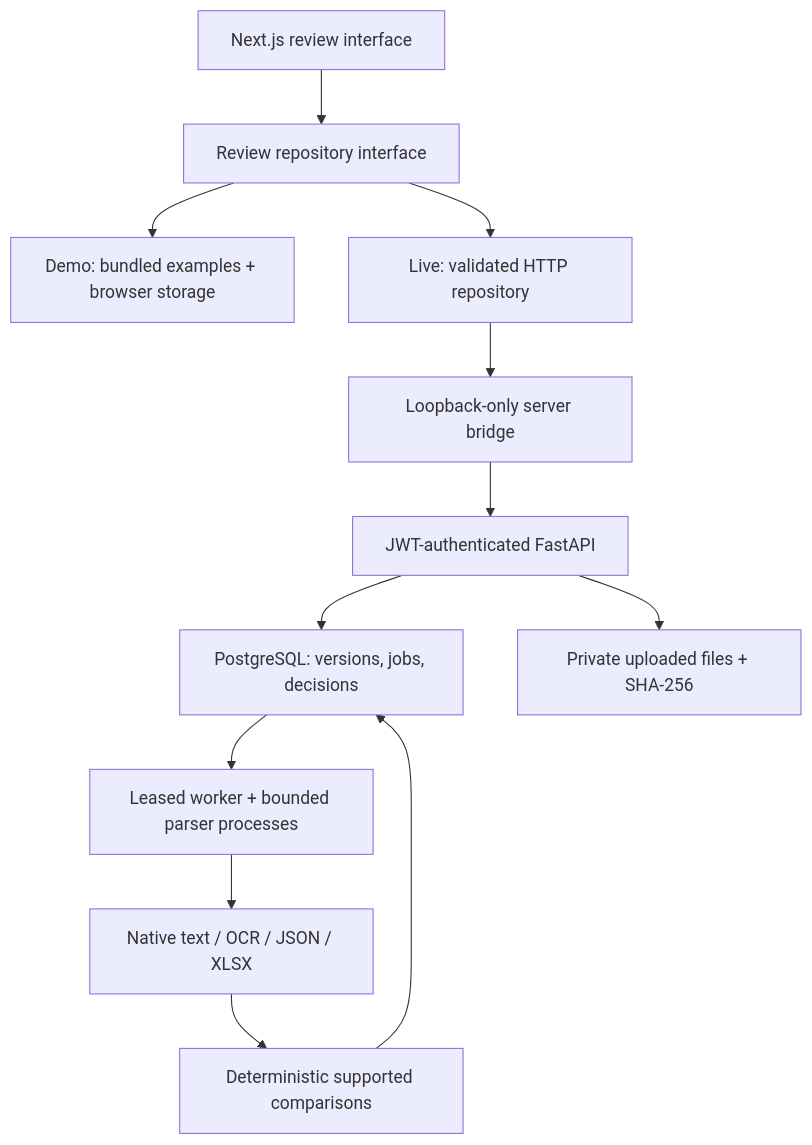
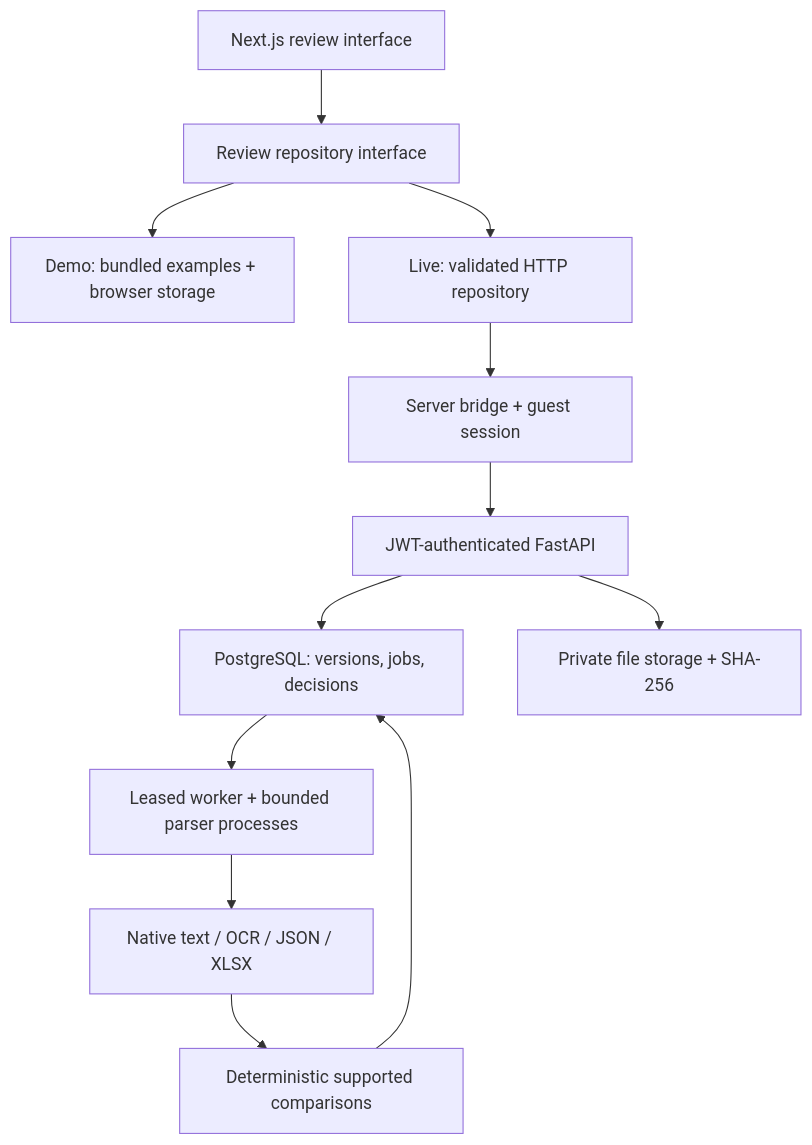
The second of 2 diagrams in README.md (Spkap/Esko-hacks), drawn with Mermaid before and after one commit. The commit also changed other lines of this file, not shown here.

````diff
--- a/README.md
+++ b/README.md
@@ -200,14 +193,14 @@
 ```mermaid
 flowchart TD
     UI["Next.js review interface"] --> R["Review repository interface"]
     R --> D["Demo: bundled examples + browser storage"]
     R --> H["Live: validated HTTP repository"]
-    H --> B["Loopback-only server bridge"]
+    H --> B["Server bridge + guest session"]
     B --> API["JWT-authenticated FastAPI"]
     API --> DB["PostgreSQL: versions, jobs, decisions"]
-    API --> F["Private uploaded files + SHA-256"]
+    API --> F["Private file storage + SHA-256"]
     DB --> W["Leased worker + bounded parser processes"]
     W --> E["Native text / OCR / JSON / XLSX"]
     E --> C["Deterministic supported comparisons"]
     C --> DB
 ```
````
